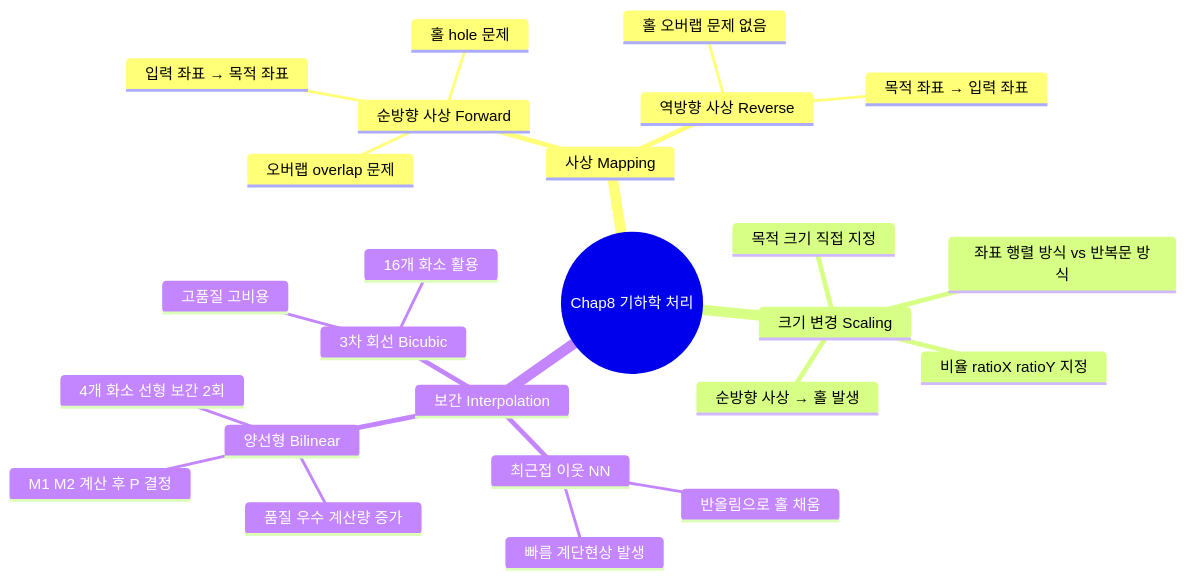
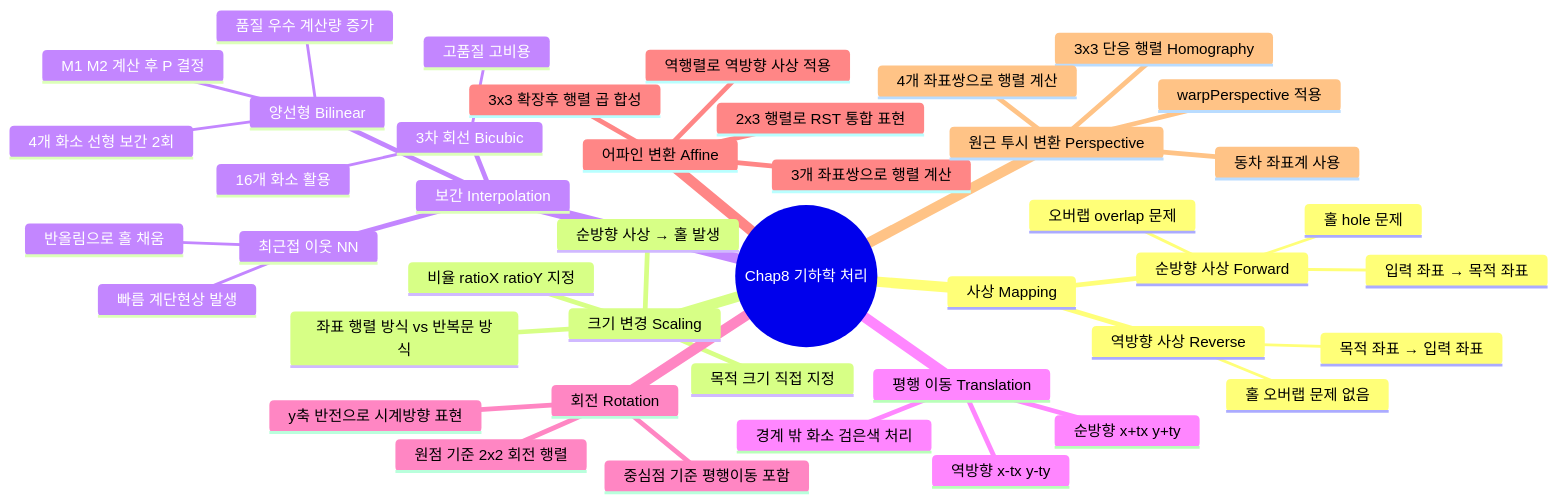
One commit to Santiago-kwp/my-til-blog changed the first of 2 diagrams in opencv-python-learn/Chap8-Processing-geometry/README.md. Above: the diagram before and after it, drawn with Mermaid. The commit also changed other lines of this file and 5 other files, not shown here.

````diff
--- a/opencv-python-learn/Chap8-Processing-geometry/README.md
+++ b/opencv-python-learn/Chap8-Processing-geometry/README.md
@@ -24,28 +28,46 @@
 ```mermaid
 mindmap
   root((Chap8 기하학 처리))
     사상 Mapping
       순방향 사상 Forward
         입력 좌표 → 목적 좌표
         홀 hole 문제
         오버랩 overlap 문제
       역방향 사상 Reverse
         목적 좌표 → 입력 좌표
         홀 오버랩 문제 없음
     크기 변경 Scaling
       비율 ratioX ratioY 지정
       목적 크기 직접 지정
       순방향 사상 → 홀 발생
       좌표 행렬 방식 vs 반복문 방식
     보간 Interpolation
       최근접 이웃 NN
         반올림으로 홀 채움
         빠름 계단현상 발생
       양선형 Bilinear
         4개 화소 선형 보간 2회
         M1 M2 계산 후 P 결정
         품질 우수 계산량 증가
       3차 회선 Bicubic
         16개 화소 활용
         고품질 고비용
+    평행 이동 Translation
+      순방향 x+tx y+ty
+      역방향 x-tx y-ty
+      경계 밖 화소 검은색 처리
+    회전 Rotation
+      원점 기준 2x2 회전 행렬
+      중심점 기준 평행이동 포함
+      y축 반전으로 시계방향 표현
+    어파인 변환 Affine
+      2x3 행렬로 RST 통합 표현
+      3개 좌표쌍으로 행렬 계산
+      3x3 확장후 행렬 곱 합성
+      역행렬로 역방향 사상 적용
+    원근 투시 변환 Perspective
+      3x3 단응 행렬 Homography
+      동차 좌표계 사용
+      4개 좌표쌍으로 행렬 계산
+      warpPerspective 적용
 ```
````
